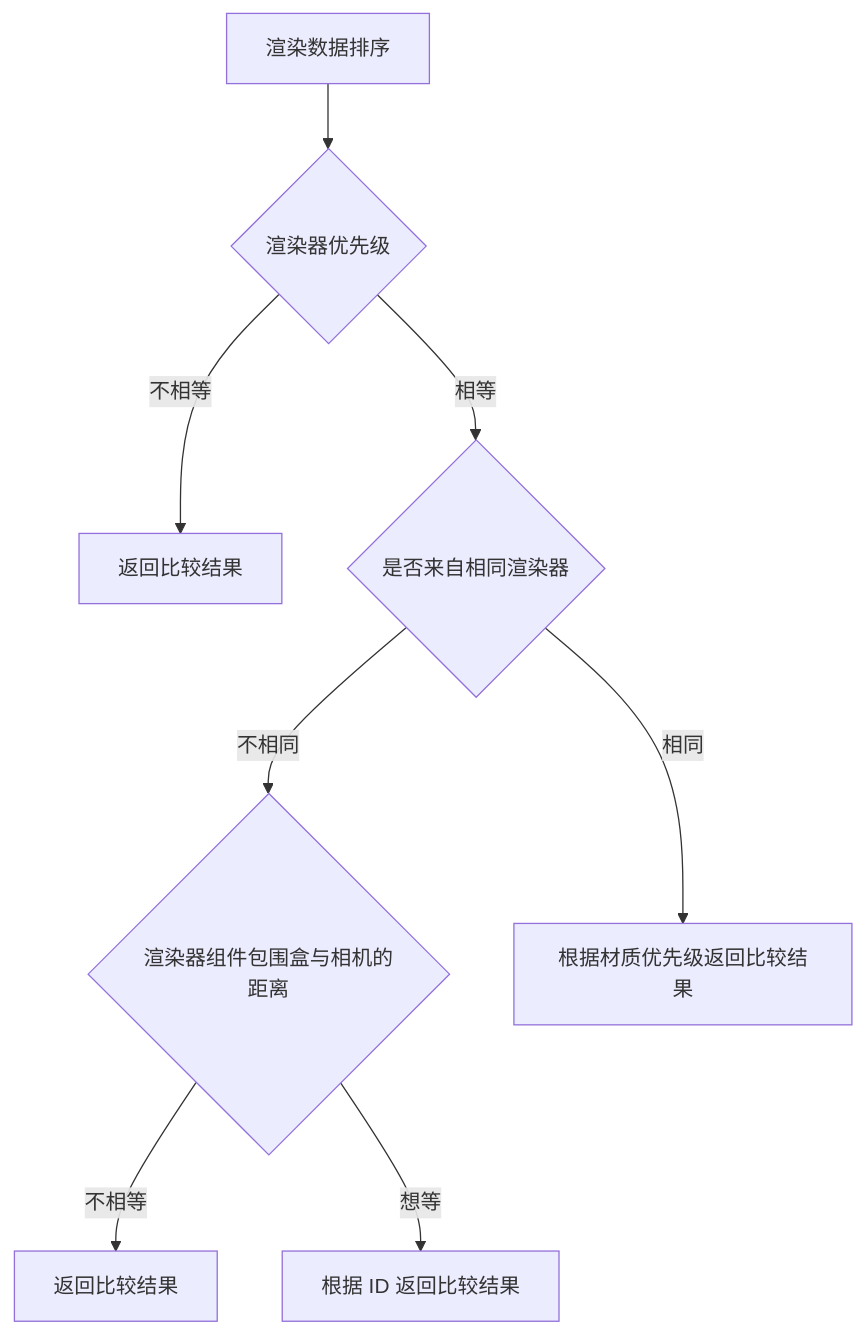
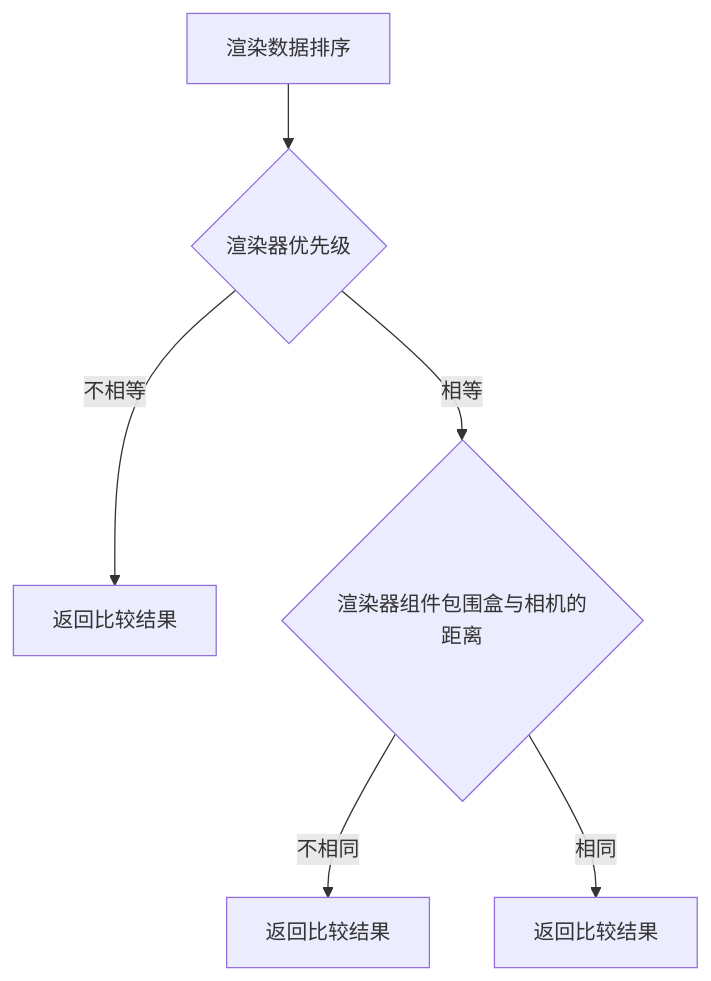
Before and after one commit to galacean/engine: the second of 2 diagrams in docs/zh/graphics/renderer/order.md, drawn with Mermaid. The commit also changed other lines of this file and 1 other file, not shown here.

Commit message:
docs: update render order

````diff
--- a/docs/zh/graphics/renderer/order.md
+++ b/docs/zh/graphics/renderer/order.md
@@ -34,10 +34,8 @@
 ```mermaid
 flowchart TD
     A[渲染数据排序] --> B{渲染器优先级}
     B -->|不相等| C[返回比较结果]
-    B -->|相等| D{是否来自相同渲染器}
-    D -->|不相同| E{渲染器组件包围盒与相机的距离}
-    D -->|相同| F[根据材质优先级返回比较结果]
-    E -->|不相等| G[返回比较结果]
-    E -->|想等| H[根据 ID 返回比较结果]
+    B -->|相等| D{渲染器组件包围盒与相机的距离}
+    D -->|不相同| E[返回比较结果]
+    D -->|相同| F[返回比较结果]
 ```
````
